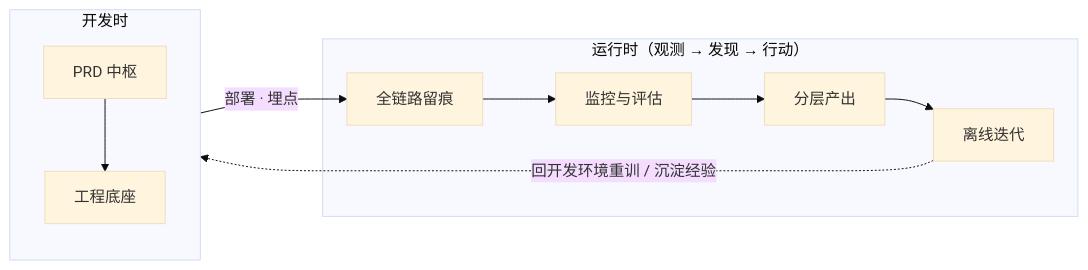
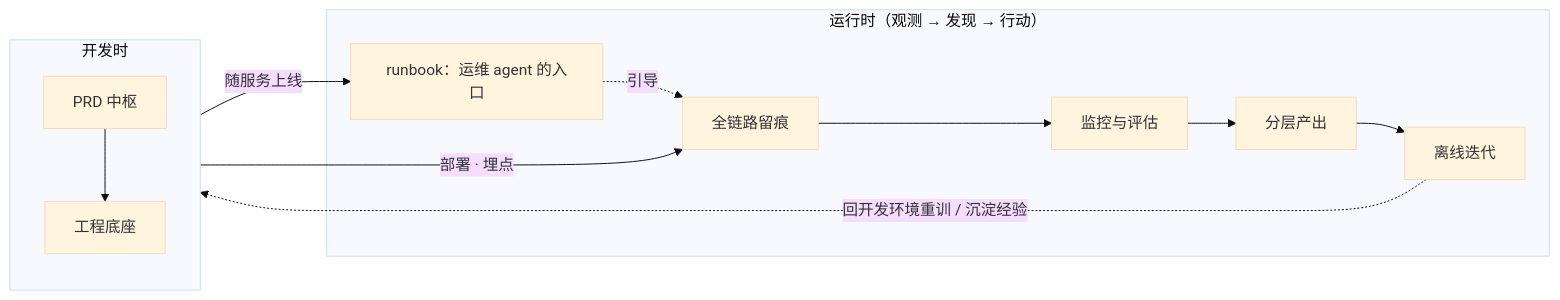
Before and after one commit to liuhetian/wiki: the diagram in docs/posts/prediction-loop.md, drawn with Mermaid (base theme). The commit also changed other lines of this file, not shown here.

````diff
--- a/docs/posts/prediction-loop.md
+++ b/docs/posts/prediction-loop.md
@@ -11,12 +11,14 @@
 ```mermaid
 graph LR
     subgraph dev["开发时"]
         direction TB
         p["PRD 中枢"] --> b["工程底座"]
     end
     subgraph run["运行时（观测 → 发现 → 行动）"]
+        rb["runbook：运维 agent 的入口"] -.引导.-> t
         t["全链路留痕"] --> m["监控与评估"] --> s["分层产出"] --> it["离线迭代"]
     end
     b -->|部署 · 埋点| t
+    b -->|随服务上线| rb
     it -.回开发环境重训 / 沉淀经验.-> p
 ```
````
